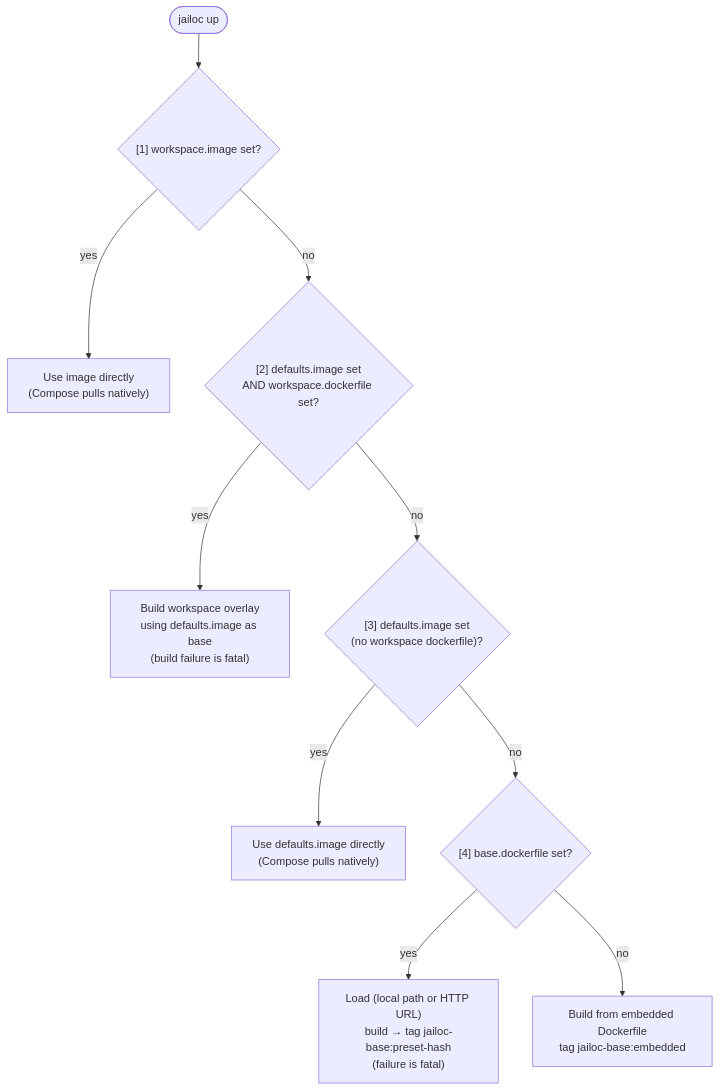
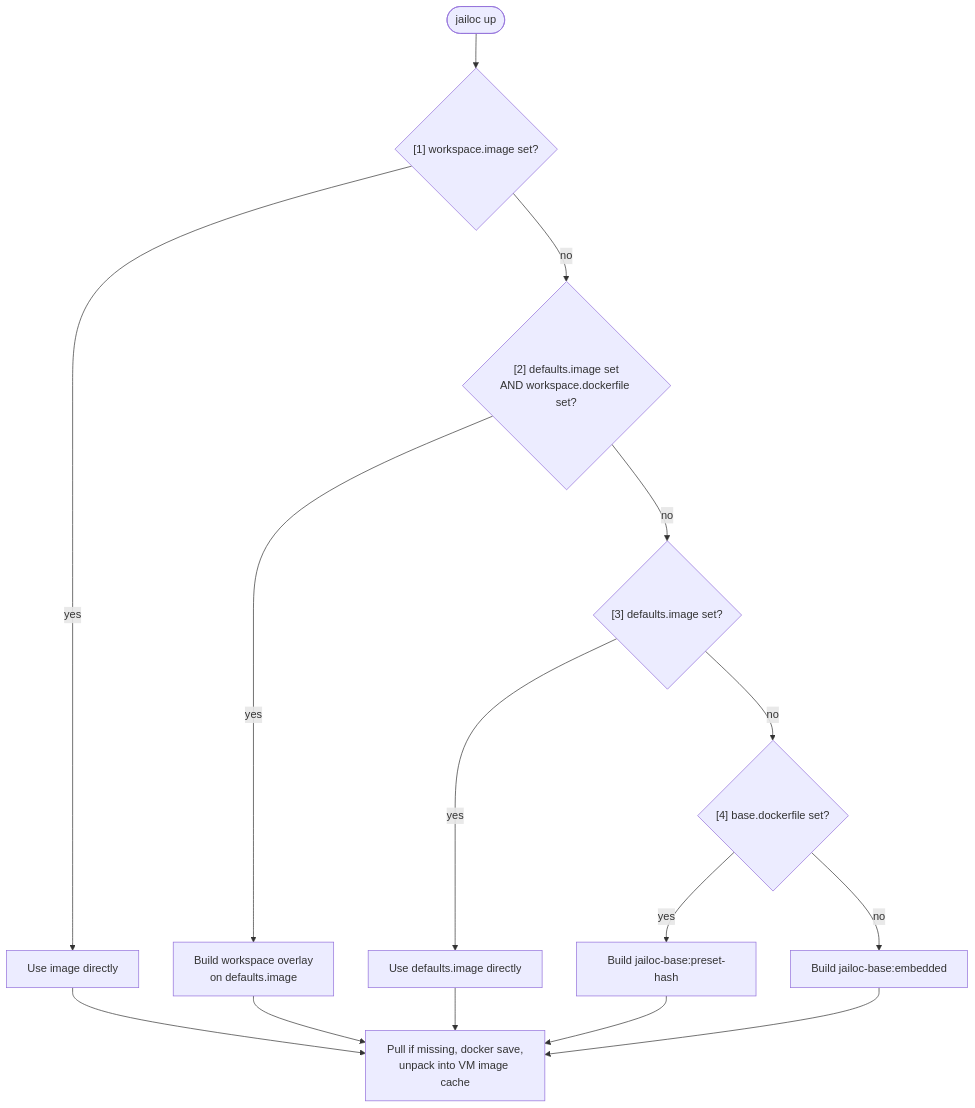
Before and after one commit to seznam/jailoc: the diagram in docs/reference/image-resolution.md, drawn with Mermaid. The commit also changed other lines of this file and 32 other files, not shown here.

````diff
--- a/docs/reference/image-resolution.md
+++ b/docs/reference/image-resolution.md
@@ -9,12 +24,13 @@
 ```mermaid
 flowchart TD
   start(["jailoc up"]) --> s1{"[1] workspace.image set?"}
-  s1 -- yes --> r1["Use image directly<br>(Compose pulls natively)"]
+  s1 -- yes --> r1["Use image directly"]
   s1 -- no --> s2{"[2] defaults.image set<br>AND workspace.dockerfile set?"}
-  s2 -- yes --> r2["Build workspace overlay<br>using defaults.image as base<br>(build failure is fatal)"]
-  s2 -- no --> s3{"[3] defaults.image set<br>(no workspace dockerfile)?"}
-  s3 -- yes --> r3["Use defaults.image directly<br>(Compose pulls natively)"]
+  s2 -- yes --> r2["Build workspace overlay<br>on defaults.image"]
+  s2 -- no --> s3{"[3] defaults.image set?"}
+  s3 -- yes --> r3["Use defaults.image directly"]
   s3 -- no --> s4{"[4] base.dockerfile set?"}
-  s4 -- yes --> r4["Load (local path or HTTP URL)<br>build → tag jailoc-base:preset-hash<br>(failure is fatal)"]
-  s4 -- no --> r5["Build from embedded Dockerfile<br>tag jailoc-base:embedded"]
+  s4 -- yes --> r4["Build jailoc-base:preset-hash"]
+  s4 -- no --> r5["Build jailoc-base:embedded"]
+  r1 & r2 & r3 & r4 & r5 --> unpack["Pull if missing, docker save,<br>unpack into VM image cache"]
 ```
````
